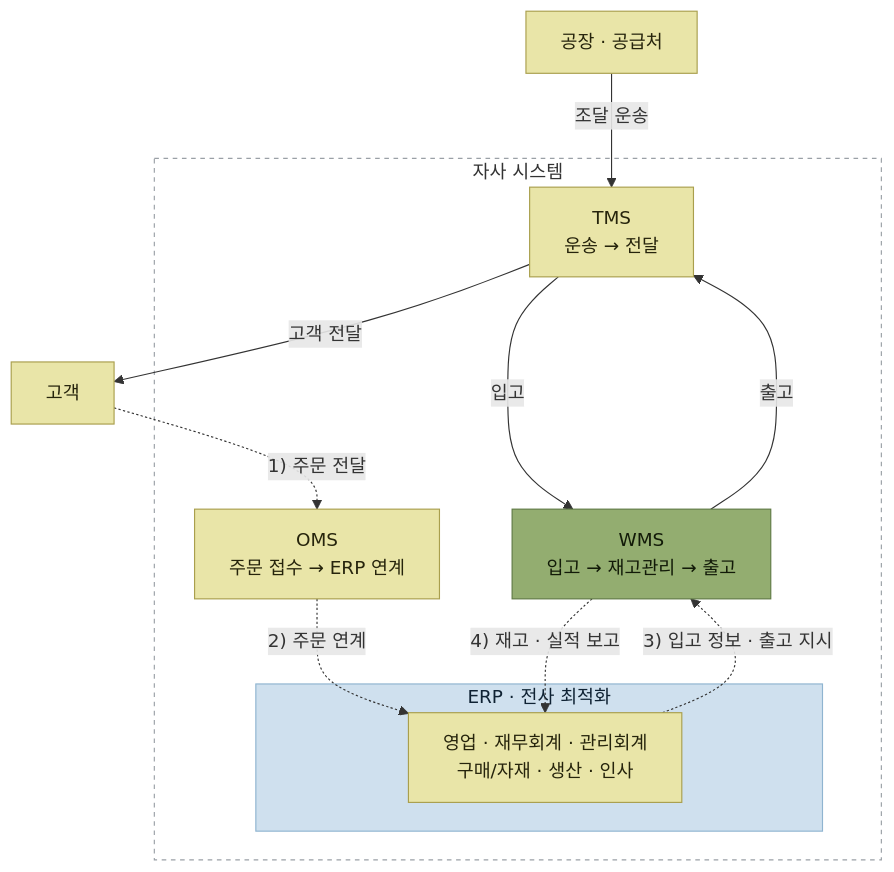
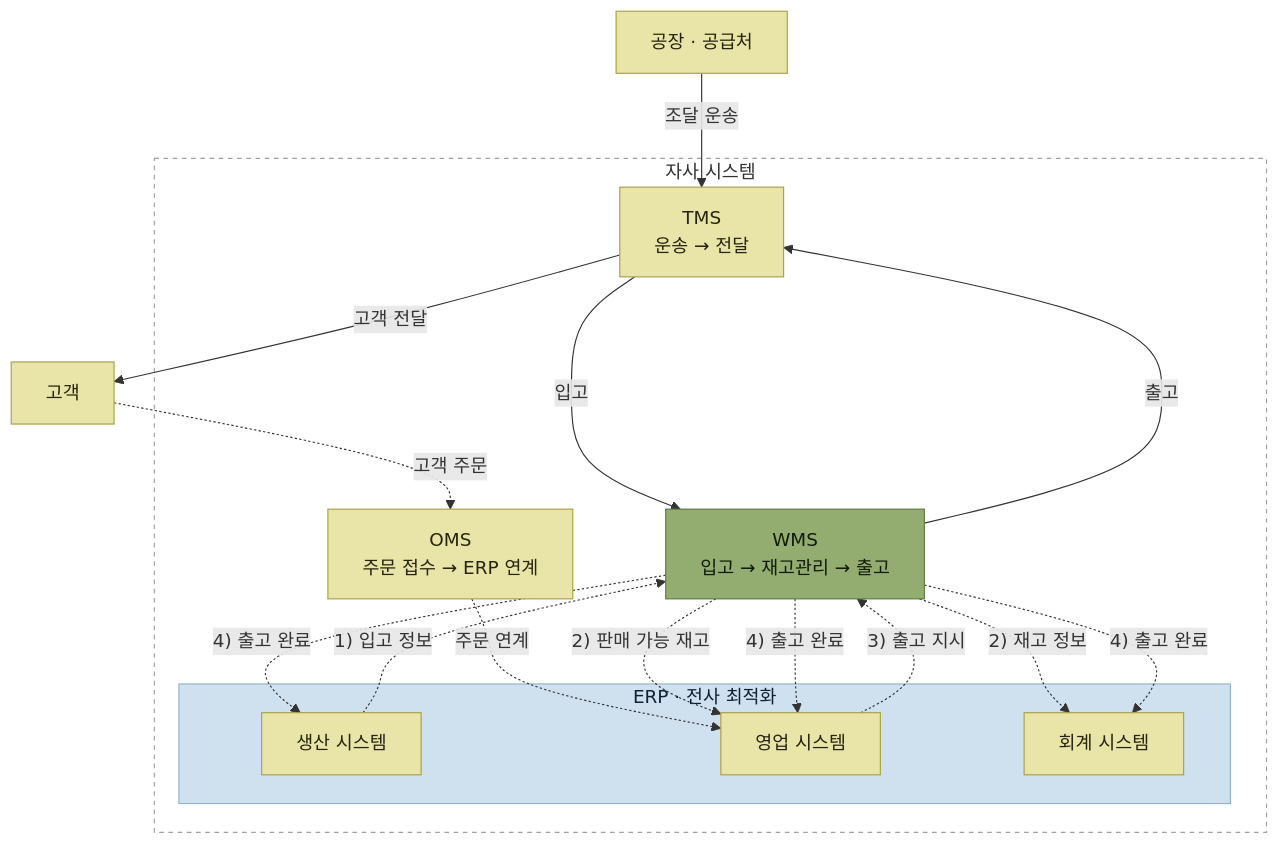
The second of 2 diagrams in books/wms-원리와-이해/1-wms-개요/README.md (devholic22/logistics-backend-study), drawn with Mermaid before and after one commit. The commit also changed other lines of this file, not shown here.

Commit message:
docs: separate WMS inbound and outbound flows

````diff
--- a/books/wms-원리와-이해/1-wms-개요/README.md
+++ b/books/wms-원리와-이해/1-wms-개요/README.md
@@ -25,29 +25,36 @@
 ```mermaid
 flowchart TB
     S["공장 · 공급처"]
     C["고객"]
     subgraph OWN["자사 시스템"]
         O["OMS<br/>주문 접수 → ERP 연계"]
         subgraph ERPB["ERP · 전사 최적화"]
-            E["영업 · 재무회계 · 관리회계<br/>구매/자재 · 생산 · 인사"]
+            PR["생산 시스템"]
+            SA["영업 시스템"]
+            AC["회계 시스템"]
         end
         W["WMS<br/>입고 → 재고관리 → 출고"]
         T["TMS<br/>운송 → 전달"]
     end
 
-    C -. "1) 주문 전달" .-> O
-    O -. "2) 주문 연계" .-> E
-    E -. "3) 입고 정보 · 출고 지시" .-> W
-    W -. "4) 재고 · 실적 보고" .-> E
+    C -. "고객 주문" .-> O
+    O -. "주문 연계" .-> SA
+    PR -. "1) 입고 정보" .-> W
+    W -. "2) 판매 가능 재고" .-> SA
+    W -. "2) 재고 정보" .-> AC
+    SA -. "3) 출고 지시" .-> W
+    W -. "4) 출고 완료" .-> PR
+    W -. "4) 출고 완료" .-> SA
+    W -. "4) 출고 완료" .-> AC
     S -- "조달 운송" --> T
     T -- "입고" --> W
     W -- "출고" --> T
     T -- "고객 전달" --> C
 
     classDef sys fill:#e9e5a8,stroke:#a99f4d,color:#26240c
     classDef wms fill:#93ad70,stroke:#5f7a44,color:#121a08
-    class E,O,T,C,S sys
+    class PR,SA,AC,O,T,C,S sys
     class W wms
     style ERPB fill:#cfe0ee,stroke:#8fb4d0,color:#0f2233
     style OWN fill:none,stroke:#9aa0a6,stroke-dasharray: 4 4
 ```
````
